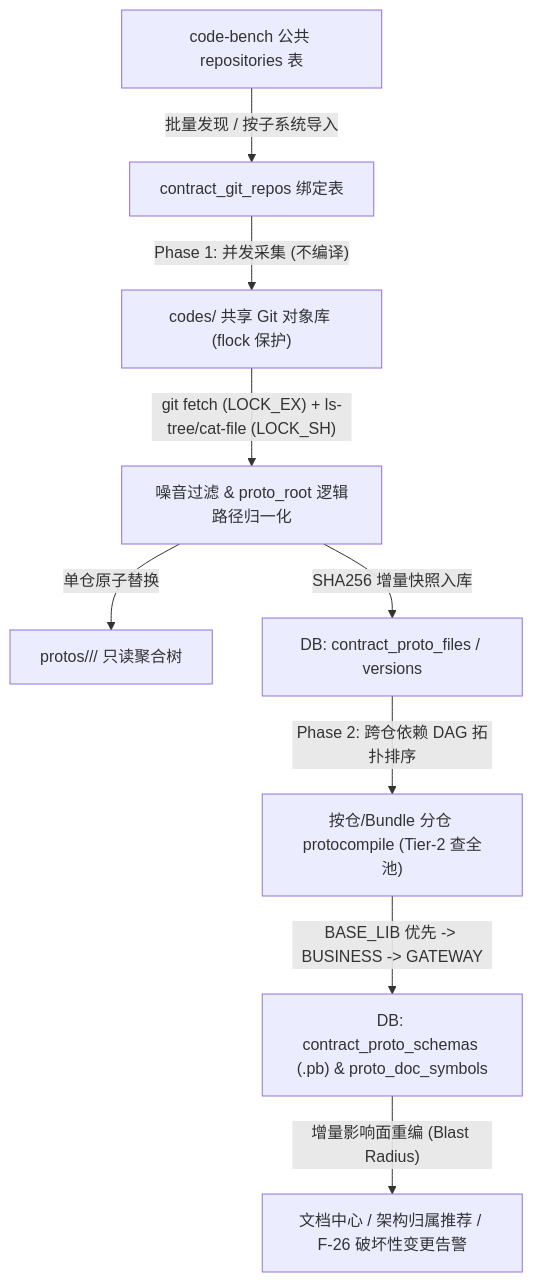
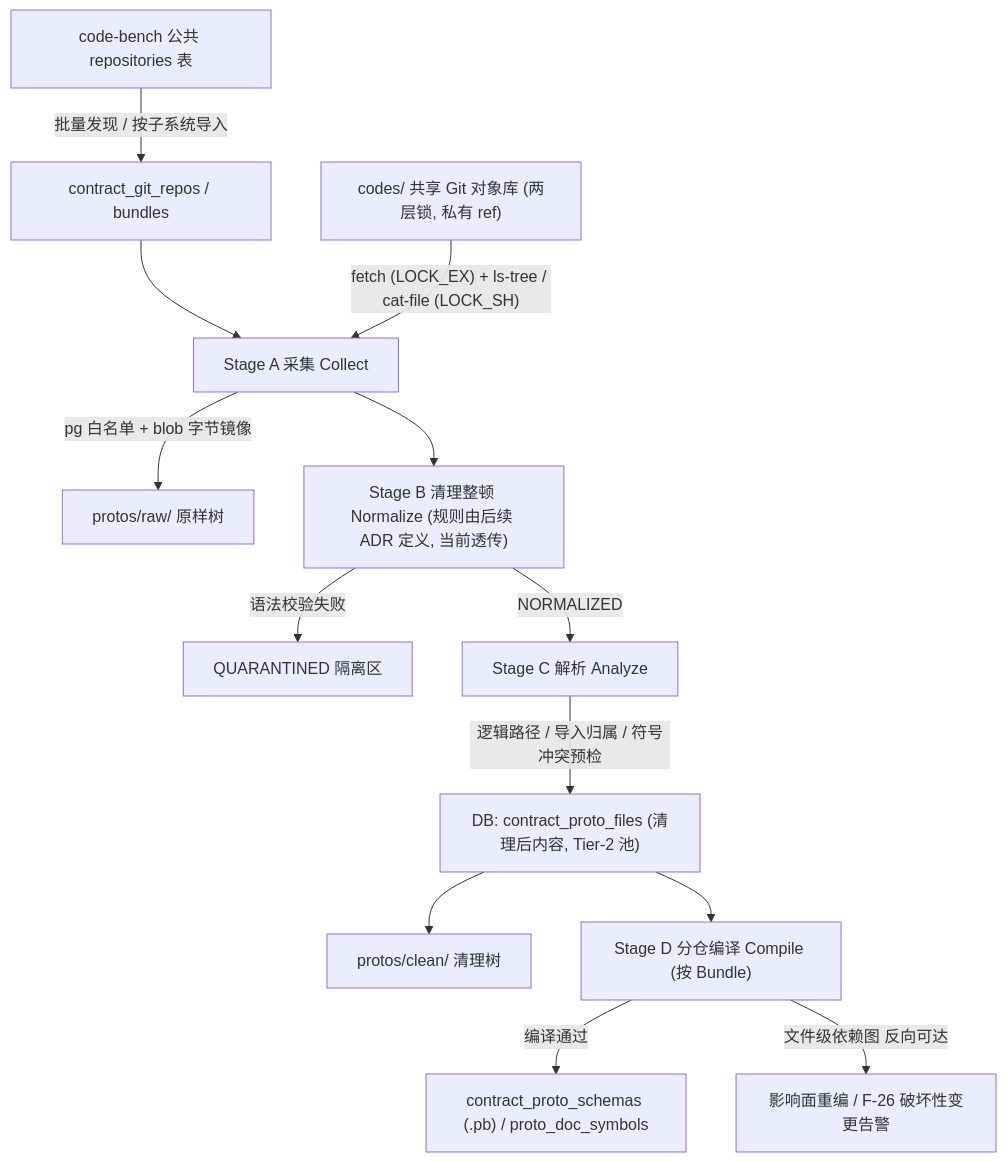
One commit to fugui/code-contract changed the diagram in docs/05-adr/26-shared-git-cache-and-subsystem-proto-tree-adr.md. Above: the diagram before and after it, drawn with Mermaid. The commit also changed other lines of this file and 1 other file, not shown here.

Commit message:
docs: 修订 ADR-26，改为 pg 目录白名单采集并预留清理整顿环节，修正共享缓存并发与目录原子刷新等技术缺陷

````diff
--- a/docs/05-adr/26-shared-git-cache-and-subsystem-proto-tree-adr.md
+++ b/docs/05-adr/26-shared-git-cache-and-subsystem-proto-tree-adr.md
@@ -130,11 +123,15 @@
 ```mermaid
 flowchart TD
-    Bench["code-bench 公共 repositories 表"] -->|"批量发现 / 按子系统导入"| RepoCfg["contract_git_repos 绑定表"]
-    RepoCfg -->|"Phase 1: 并发采集 (不编译)"| GitObj["codes/ 共享 Git 对象库 (flock 保护)"]
-    GitObj -->|"git fetch (LOCK_EX) + ls-tree/cat-file (LOCK_SH)"| Filter["噪音过滤 & proto_root 逻辑路径归一化"]
-    Filter -->|"单仓原子替换"| ProtoTree["protos/<subsystem>/<repo>/ 只读聚合树"]
-    Filter -->|"SHA256 增量快照入库"| DBFiles["DB: contract_proto_files / versions"]
-    DBFiles -->|"Phase 2: 跨仓依赖 DAG 拓扑排序"| Compiler["按仓/Bundle 分仓 protocompile (Tier-2 查全池)"]
-    Compiler -->|"BASE_LIB 优先 -> BUSINESS -> GATEWAY"| Schemas["DB: contract_proto_schemas (.pb) & proto_doc_symbols"]
-    Schemas -->|"增量影响面重编 (Blast Radius)"| Gate["文档中心 / 架构归属推荐 / F-26 破坏性变更告警"]
+    Bench["code-bench 公共 repositories 表"] -->|"批量发现 / 按子系统导入"| RepoCfg["contract_git_repos / bundles"]
+    RepoCfg --> A["Stage A 采集 Collect"]
+    GitObj["codes/ 共享 Git 对象库 (两层锁, 私有 ref)"] -->|"fetch (LOCK_EX) + ls-tree / cat-file (LOCK_SH)"| A
+    A -->|"pg 白名单 + blob 字节镜像"| Raw["protos/raw/ 原样树"]
+    A --> B["Stage B 清理整顿 Normalize (规则由后续 ADR 定义, 当前透传)"]
+    B -->|"语法校验失败"| Q["QUARANTINED 隔离区"]
+    B -->|"NORMALIZED"| C["Stage C 解析 Analyze"]
+    C -->|"逻辑路径 / 导入归属 / 符号冲突预检"| DB["DB: contract_proto_files (清理后内容, Tier-2 池)"]
+    DB --> Clean["protos/clean/ 清理树"]
+    DB --> D["Stage D 分仓编译 Compile (按 Bundle)"]
+    D -->|"编译通过"| Schemas["contract_proto_schemas (.pb) / proto_doc_symbols"]
+    D -->|"文件级依赖图 反向可达"| Blast["影响面重编 / F-26 破坏性变更告警"]
 ```
````
